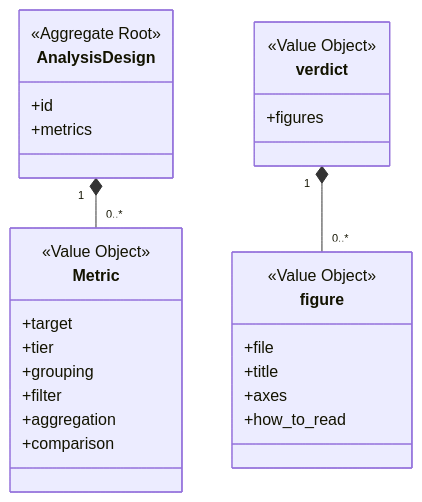
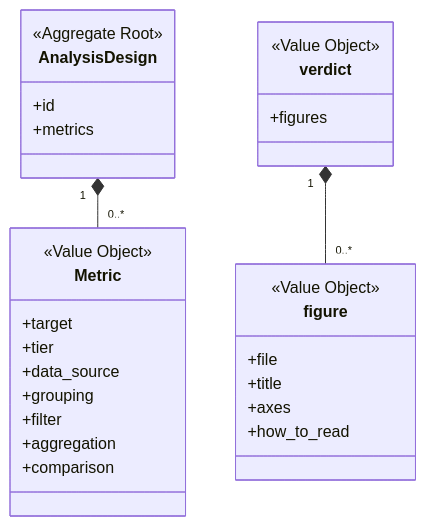
The second of 3 diagrams in docs/design/epic-26-reflection-materials.md (etoyama/insight-blueprint-skills), drawn with Mermaid before and after one commit. The commit also changed other lines of this file and 2 other files, not shown here.

First line of the commit message:
fix(analysis-reflection): 読むものの図を manifest から並べ、データ由来の文を指示として扱わない (#159)

````diff
--- a/docs/design/epic-26-reflection-materials.md
+++ b/docs/design/epic-26-reflection-materials.md
@@ -73,30 +73,31 @@
 ```mermaid
 classDiagram
     class AnalysisDesign {
         <<Aggregate Root>>
         +id
         +metrics
     }
     class Metric {
         <<Value Object>>
         +target
         +tier
+        +data_source
         +grouping
         +filter
         +aggregation
         +comparison
     }
     class verdict {
         <<Value Object>>
         +figures
     }
     class figure {
         <<Value Object>>
         +file
         +title
         +axes
         +how_to_read
     }
     AnalysisDesign "1" *-- "0..*" Metric
     verdict "1" *-- "0..*" figure
 ```
````
